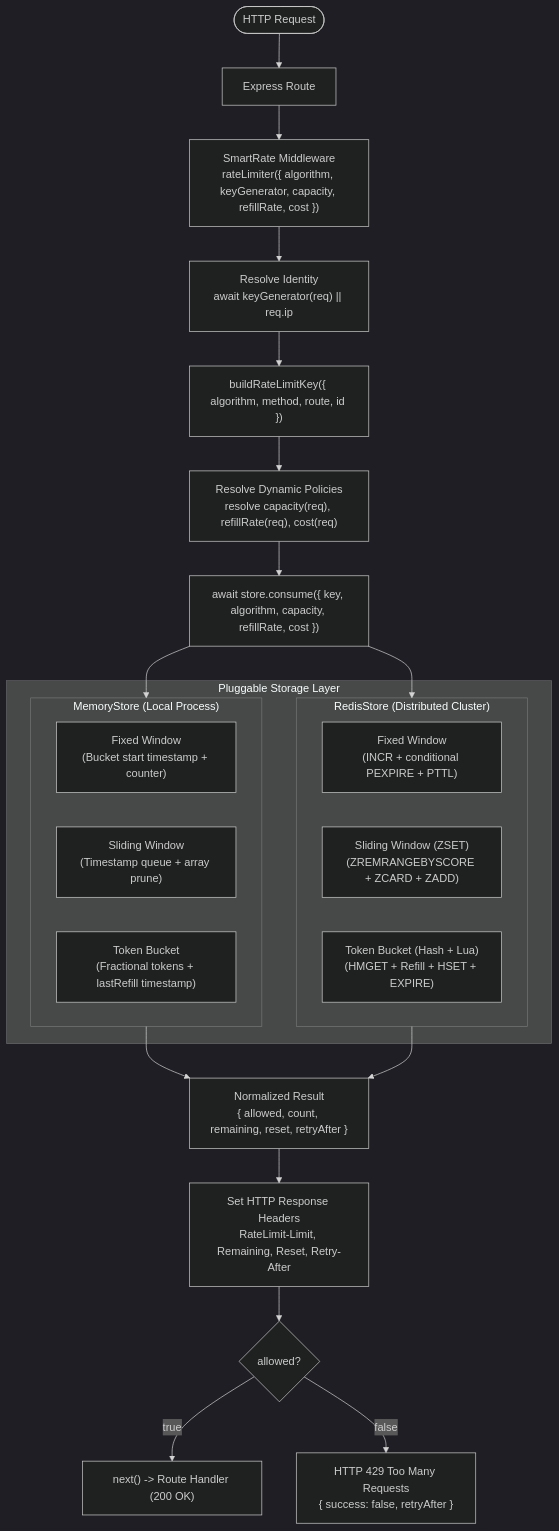
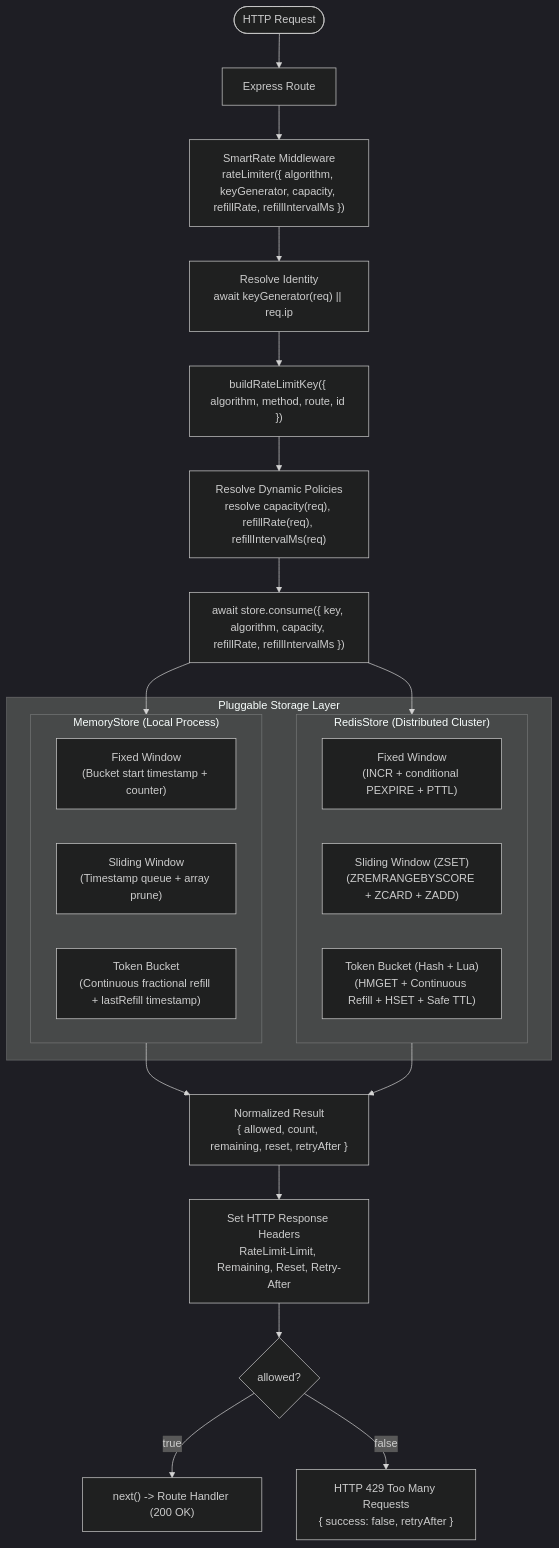
The diagram in README.md (Anivesh91/LimitForge), drawn with Mermaid (dark theme) before and after one commit. The commit also changed other lines of this file, not shown here.

Commit message:
update v5 docs, diagrams and test catalog

````diff
--- a/README.md
+++ b/README.md
@@ -90,34 +95,34 @@
 ```mermaid
 flowchart TD
     Req([HTTP Request]) --> Router[Express Route]
-    Router --> Middleware["SmartRate Middleware<br/>rateLimiter({ algorithm, keyGenerator, capacity, refillRate, cost })"]
+    Router --> Middleware["SmartRate Middleware<br/>rateLimiter({ algorithm, keyGenerator, capacity, refillRate, refillIntervalMs })"]
     Middleware --> KeyGen["Resolve Identity<br/>await keyGenerator(req) || req.ip"]
     KeyGen --> BuildKey["buildRateLimitKey({ algorithm, method, route, id })"]
-    BuildKey --> DynamicEval["Resolve Dynamic Policies<br/>resolve capacity(req), refillRate(req), cost(req)"]
-    DynamicEval --> StoreConsume["await store.consume({ key, algorithm, capacity, refillRate, cost })"]
+    BuildKey --> DynamicEval["Resolve Dynamic Policies<br/>resolve capacity(req), refillRate(req), refillIntervalMs(req)"]
+    DynamicEval --> StoreConsume["await store.consume({ key, algorithm, capacity, refillRate, refillIntervalMs })"]
 
     subgraph StoreEngines ["Pluggable Storage Layer"]
         subgraph MemoryStore ["MemoryStore (Local Process)"]
             M_FW["Fixed Window<br/>(Bucket start timestamp + counter)"]
             M_SW["Sliding Window<br/>(Timestamp queue + array prune)"]
-            M_TB["Token Bucket<br/>(Fractional tokens + lastRefill timestamp)"]
+            M_TB["Token Bucket<br/>(Continuous fractional refill + lastRefill timestamp)"]
         end
 
         subgraph RedisStore ["RedisStore (Distributed Cluster)"]
             R_FW["Fixed Window<br/>(INCR + conditional PEXPIRE + PTTL)"]
             R_SW["Sliding Window (ZSET)<br/>(ZREMRANGEBYSCORE + ZCARD + ZADD)"]
-            R_TB["Token Bucket (Hash + Lua)<br/>(HMGET + Refill + HSET + EXPIRE)"]
+            R_TB["Token Bucket (Hash + Lua)<br/>(HMGET + Continuous Refill + HSET + Safe TTL)"]
         end
     end
 
     StoreConsume --> MemoryStore
     StoreConsume --> RedisStore
 
     MemoryStore --> Result["Normalized Result<br/>{ allowed, count, remaining, reset, retryAfter }"]
     RedisStore --> Result
 
     Result --> SetHeaders["Set HTTP Response Headers<br/>RateLimit-Limit, Remaining, Reset, Retry-After"]
     SetHeaders --> Decision{"allowed?"}
     Decision -->|"true"| Next["next() -> Route Handler (200 OK)"]
     Decision -->|"false"| Block["HTTP 429 Too Many Requests<br/>{ success: false, retryAfter }"]
 ```
````
